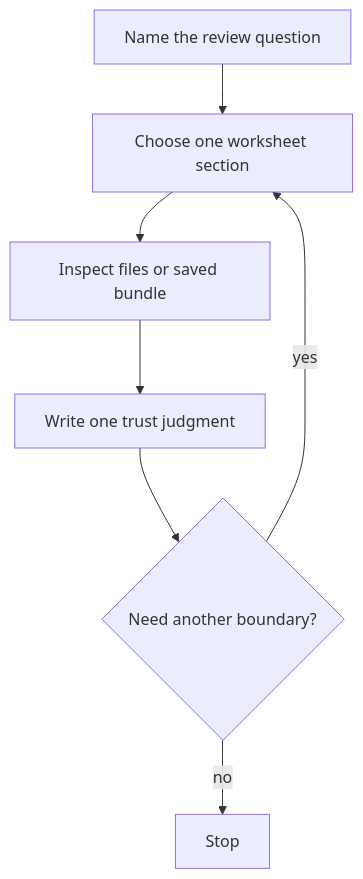
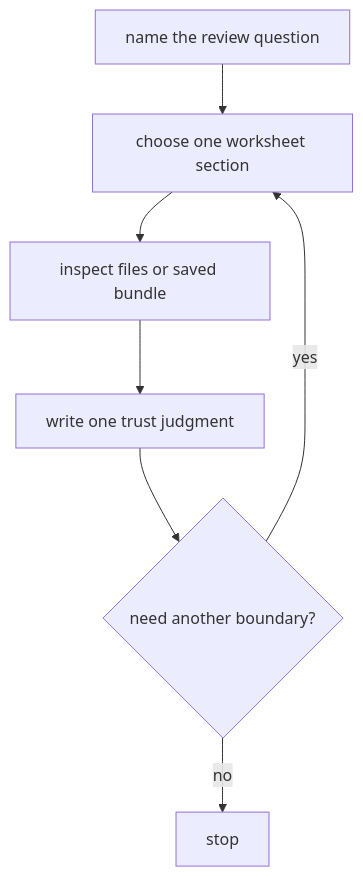
Before and after one commit to bijux/bijux-masterclass: the diagram in programs/reproducible-research/deep-dive-snakemake/course-book/capstone/capstone-review-worksheet.md, drawn with Mermaid. The commit also changed other lines of this file and 1 other file, not shown here.

Commit message:
docs(snakemake): strengthen capstone review walkthroughs

````diff
--- a/programs/reproducible-research/deep-dive-snakemake/course-book/capstone/capstone-review-worksheet.md
+++ b/programs/reproducible-research/deep-dive-snakemake/course-book/capstone/capstone-review-worksheet.md
@@ -33,9 +38,9 @@
 ```mermaid
 flowchart TD
-  claim["Name the review question"] --> section["Choose one worksheet section"]
-  section --> evidence["Inspect files or saved bundle"]
-  evidence --> judgment["Write one trust judgment"]
-  judgment --> next{"Need another boundary?"}
-  next -- no --> stop["Stop"]
+  claim["name the review question"] --> section["choose one worksheet section"]
+  section --> evidence["inspect files or saved bundle"]
+  evidence --> judgment["write one trust judgment"]
+  judgment --> next{"need another boundary?"}
+  next -- no --> stop["stop"]
   next -- yes --> section
 ```
````
